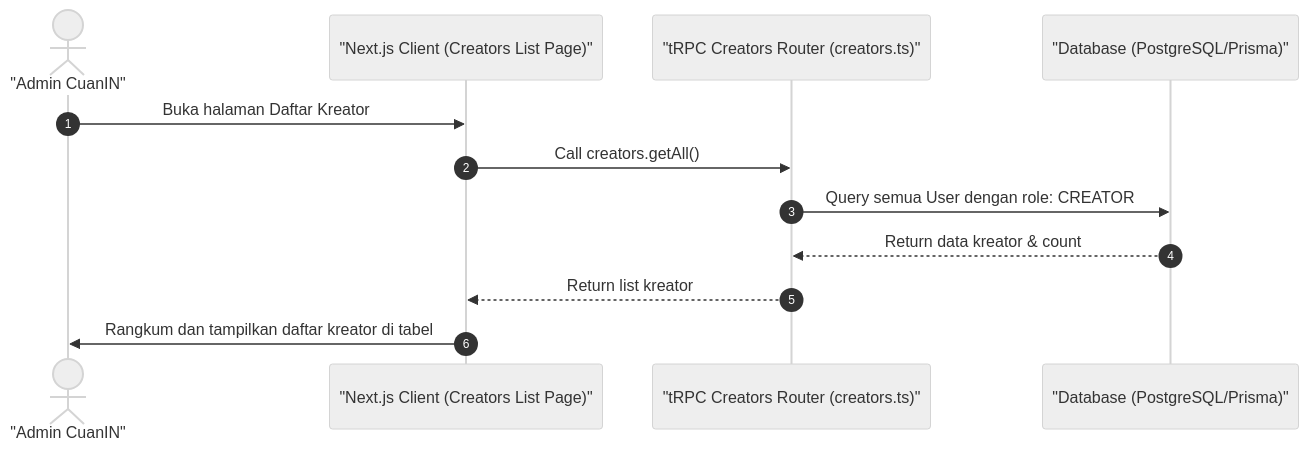
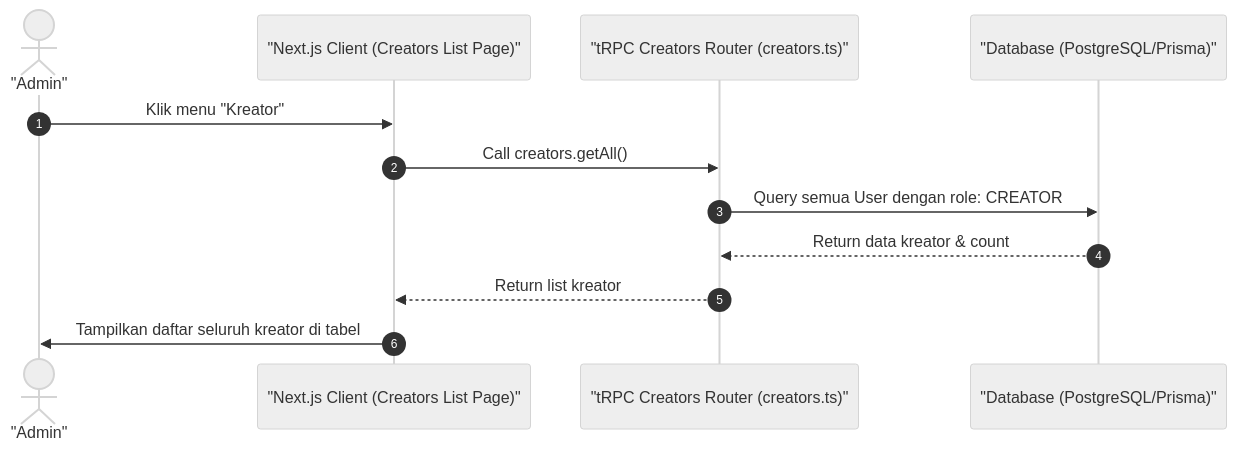
One commit to luputer/CuanIN changed the diagram in docs/02-admin-kreator-list.md. Above: the diagram before and after it, drawn with Mermaid (neutral theme). The commit also changed 53 other files, not shown here.

````diff
--- a/docs/02-admin-kreator-list.md
+++ b/docs/02-admin-kreator-list.md
@@ -5,16 +5,16 @@
 ```mermaid
 sequenceDiagram
     autonumber
-    actor Admin as "Admin CuanIN"
+    actor Admin as "Admin"
     participant Client as "Next.js Client (Creators List Page)"
     participant Server as "tRPC Creators Router (creators.ts)"
     participant DB as "Database (PostgreSQL/Prisma)"
 
-    Admin->>Client: Buka halaman Daftar Kreator
+    Admin->>Client: Klik menu "Kreator"
     Client->>Server: Call creators.getAll()
     Server->>DB: Query semua User dengan role: CREATOR
     DB-->>Server: Return data kreator & count
     Server-->>Client: Return list kreator
-    Client->>Admin: Rangkum dan tampilkan daftar kreator di tabel
+    Client->>Admin: Tampilkan daftar seluruh kreator di tabel
 
 ```
````
